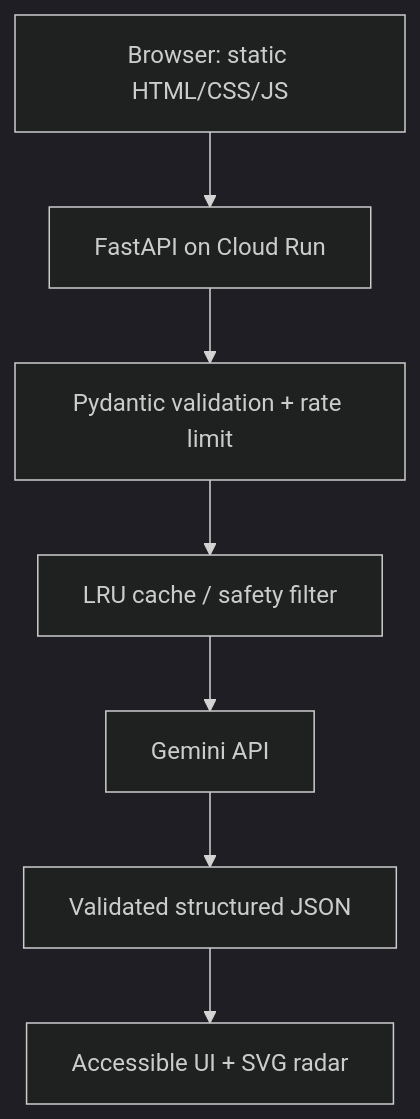
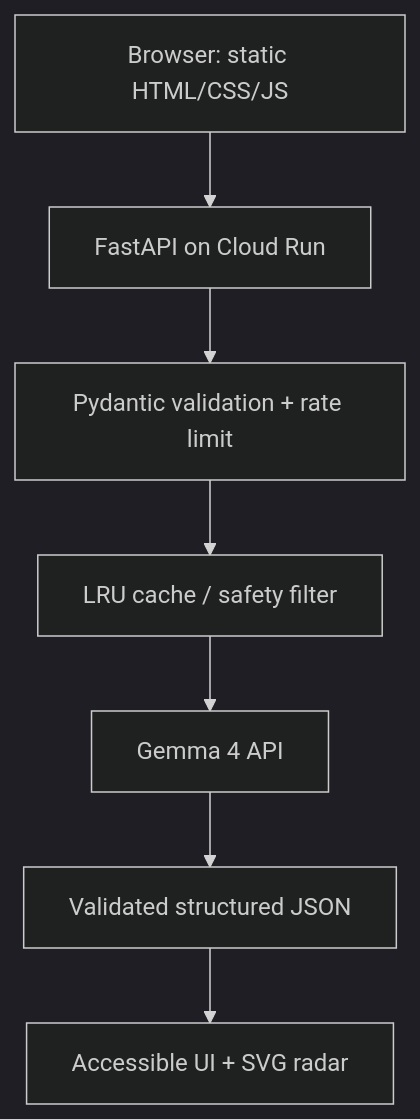
One commit to ashraybagde/AshrayBagde_PromptWars changed the diagram in README.md. Above: the diagram before and after it, drawn with Mermaid (dark theme). The commit also changed other lines of this file, not shown here.

````diff
--- a/README.md
+++ b/README.md
@@ -14,9 +14,9 @@
 ```mermaid
 flowchart TD
   B[Browser: static HTML/CSS/JS] --> F[FastAPI on Cloud Run]
   F --> V[Pydantic validation + rate limit]
   V --> C[LRU cache / safety filter]
-  C --> G[Gemini API]
+  C --> G[Gemma 4 API]
   G --> J[Validated structured JSON]
   J --> U[Accessible UI + SVG radar]
 ```
````
